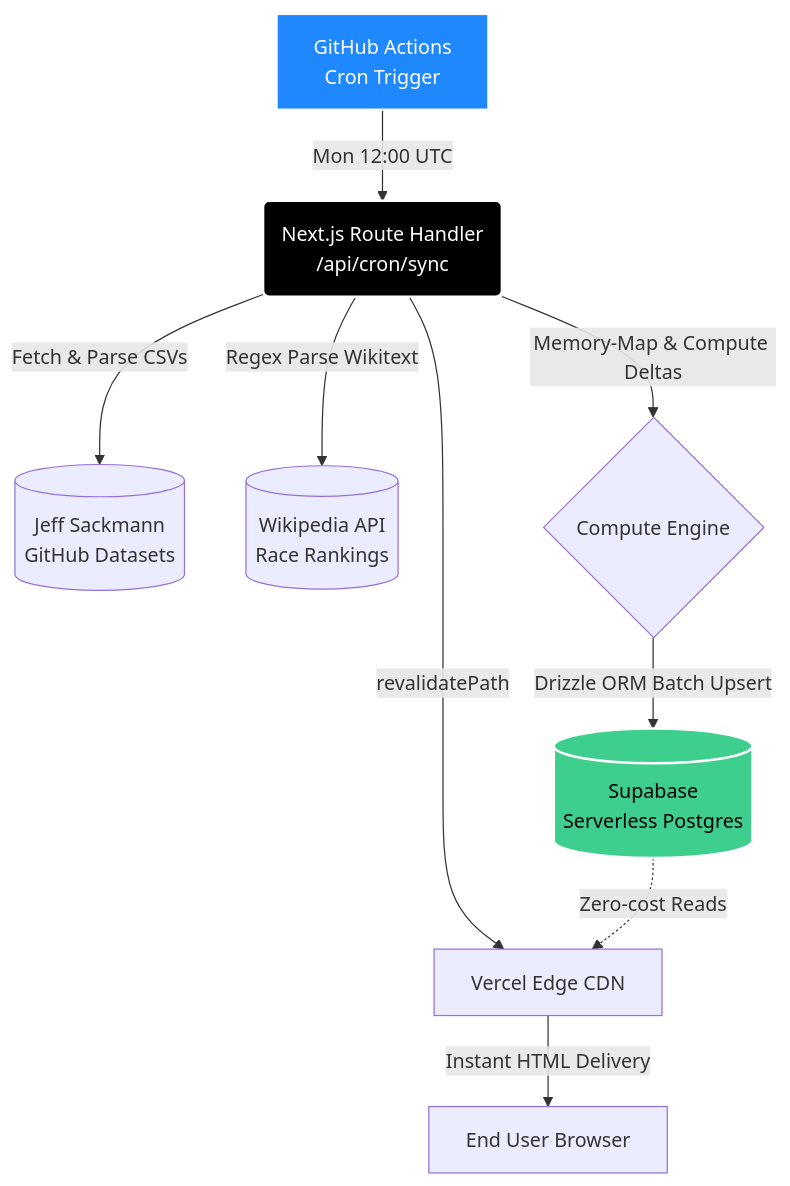
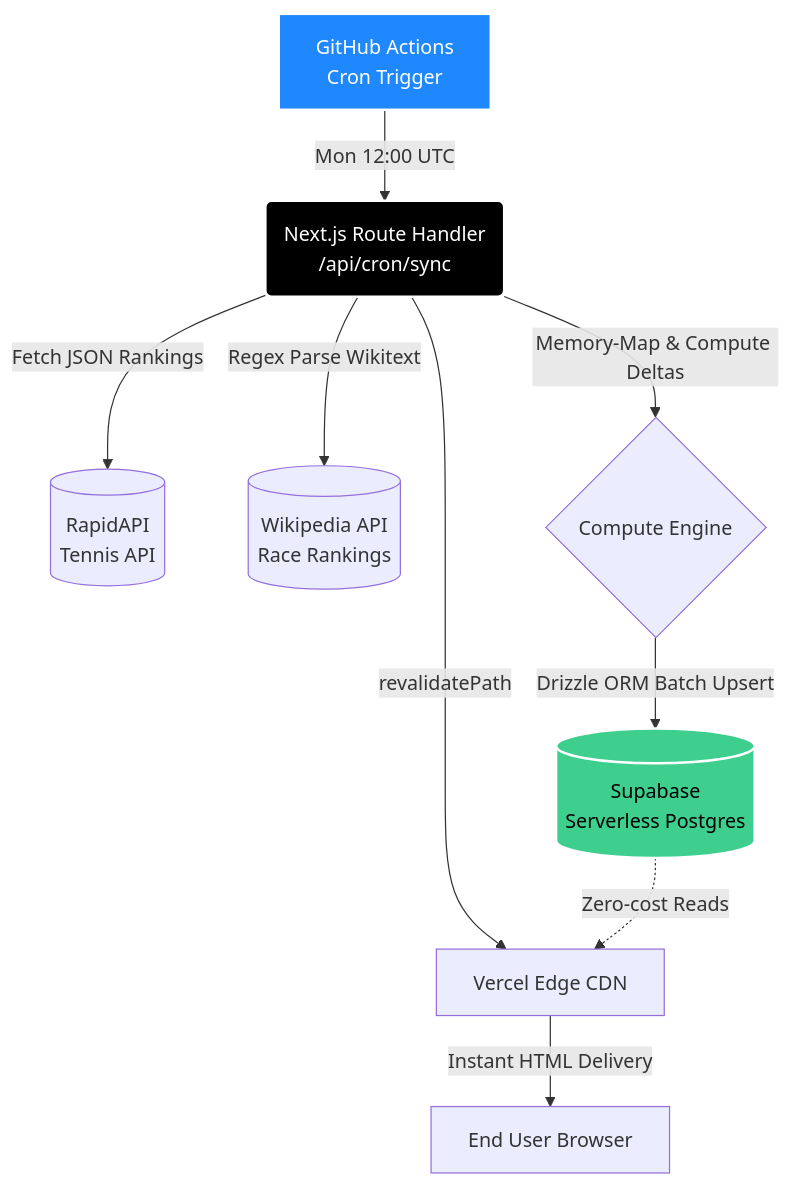
One commit to icapsule/VTAWEB changed the diagram in README.md. Above: the diagram before and after it, drawn with Mermaid. The commit also changed other lines of this file and 5 other files, not shown here.

Commit message:
fix(sync): migrate ranking data source from deprecated CSVs to RapidAPI

````diff
--- a/README.md
+++ b/README.md
@@ -36,19 +36,19 @@
 ```mermaid
 graph TD
     A[GitHub Actions<br>Cron Trigger] -->|Mon 12:00 UTC| B(Next.js Route Handler<br>/api/cron/sync)
-    B -->|Fetch & Parse CSVs| C[(Jeff Sackmann<br>GitHub Datasets)]
+    B -->|Fetch JSON Rankings| C[(RapidAPI<br>Tennis API)]
     B -->|Regex Parse Wikitext| W[(Wikipedia API<br>Race Rankings)]
     B -->|Memory-Map & Compute Deltas| D{Compute Engine}
     D -->|Drizzle ORM Batch Upsert| E[(Supabase<br>Serverless Postgres)]
     B -->|revalidatePath| F[Vercel Edge CDN]
     E -.->|Zero-cost Reads| F
     F -->|Instant HTML Delivery| G[End User Browser]
     
     classDef trigger fill:#2088FF,stroke:#fff,stroke-width:2px,color:#fff;
     classDef api fill:#000,stroke:#fff,stroke-width:2px,color:#fff;
     classDef db fill:#3ECF8E,stroke:#fff,stroke-width:2px,color:#000;
     
     class A trigger;
     class B api;
     class E db;
 ```
````
